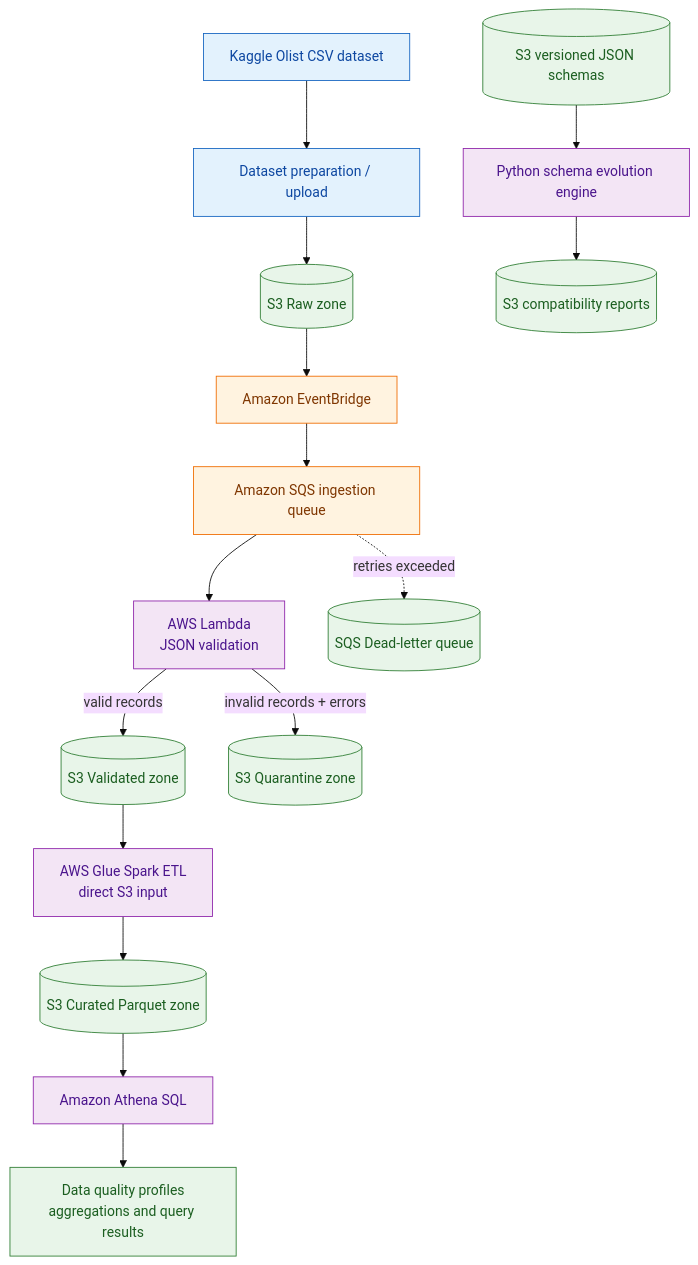
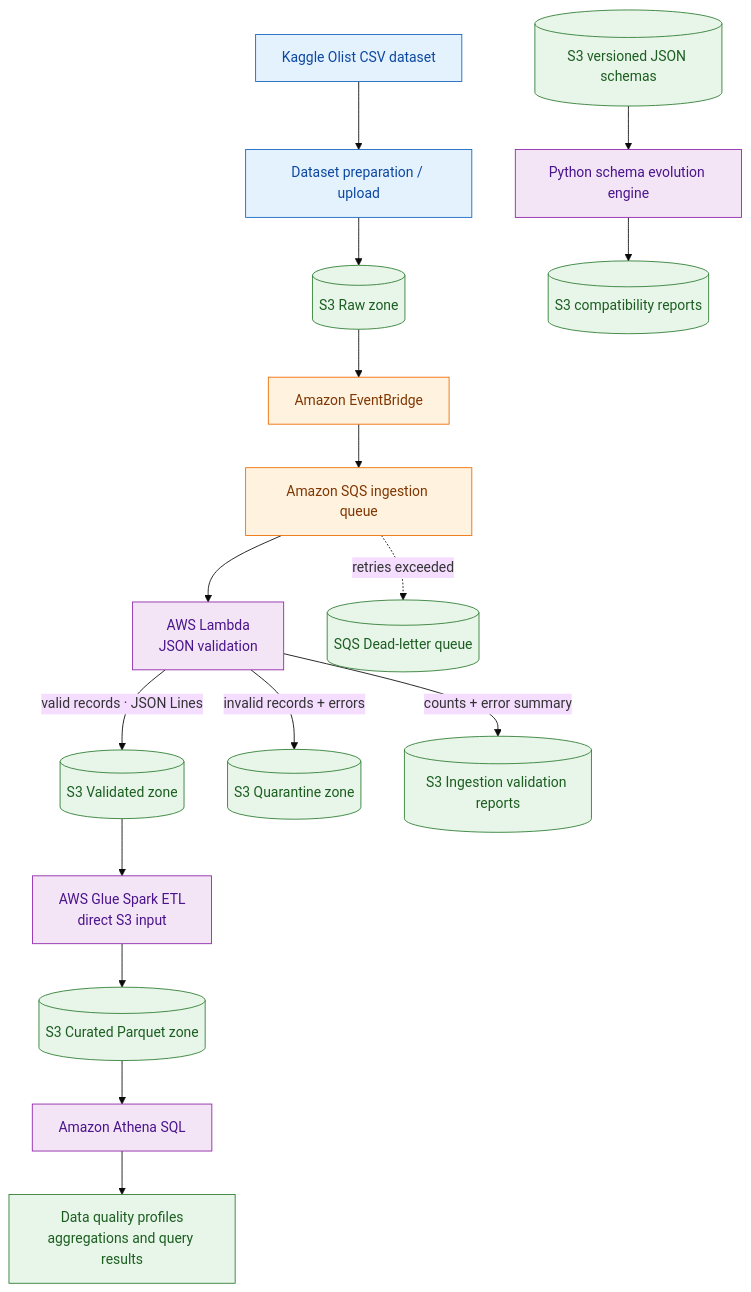
The first of 2 diagrams in README.md (SwekcchaCornicle/Brazilian-E-Commerce-Data-Engineering), drawn with Mermaid (base theme) before and after one commit. The commit also changed other lines of this file, not shown here.

Commit message:
docs: show validation report branch and sample Athena result explanation

````diff
--- a/README.md
+++ b/README.md
@@ -41,28 +41,29 @@
 ```mermaid
 flowchart TD
     K["Kaggle Olist CSV dataset"] --> LOAD["Dataset preparation / upload"]
     LOAD --> RAW[("S3 Raw zone")]
     RAW --> EB["Amazon EventBridge"]
     EB --> Q["Amazon SQS ingestion queue"]
     Q --> L["AWS Lambda<br/>JSON validation"]
     Q -. retries exceeded .-> DLQ[("SQS Dead-letter queue")]
-    L -->|valid records| VALID[("S3 Validated zone")]
+    L -->|valid records · JSON Lines| VALID[("S3 Validated zone")]
     L -->|invalid records + errors| QUAR[("S3 Quarantine zone")]
+    L -->|counts + error summary| VREPORT[("S3 Ingestion validation reports")]
 
     SCHEMA[("S3 versioned JSON schemas")] --> EV["Python schema evolution engine"]
     EV --> REPORT[("S3 compatibility reports")]
 
     VALID --> ETL["AWS Glue Spark ETL<br/>direct S3 input"]
     ETL --> CURATED[("S3 Curated Parquet zone")]
     CURATED --> ATHENA["Amazon Athena SQL"]
     ATHENA --> RESULTS["Data quality profiles<br/>aggregations and query results"]
 
     classDef source fill:#E3F2FD,stroke:#1565C0,color:#0D47A1
     classDef event fill:#FFF3E0,stroke:#EF6C00,color:#7F3600
     classDef compute fill:#F3E5F5,stroke:#8E24AA,color:#4A148C
     classDef storage fill:#E8F5E9,stroke:#2E7D32,color:#1B5E20
     class K,LOAD source
     class EB,Q event
     class L,EV,ETL,ATHENA compute
-    class RAW,DLQ,VALID,QUAR,SCHEMA,REPORT,CURATED,RESULTS storage
+    class RAW,DLQ,VALID,QUAR,VREPORT,SCHEMA,REPORT,CURATED,RESULTS storage
 ```
````
